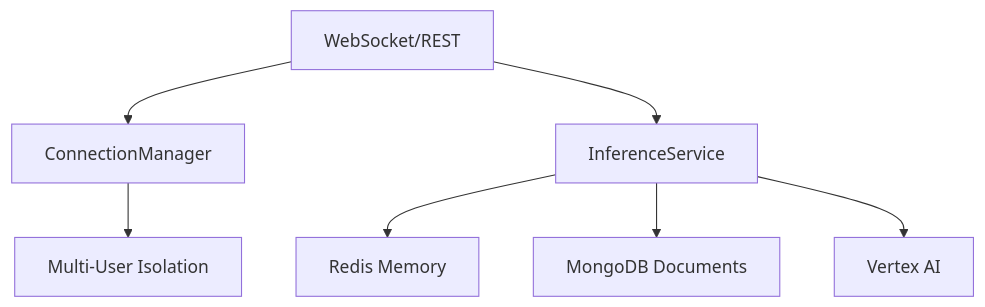
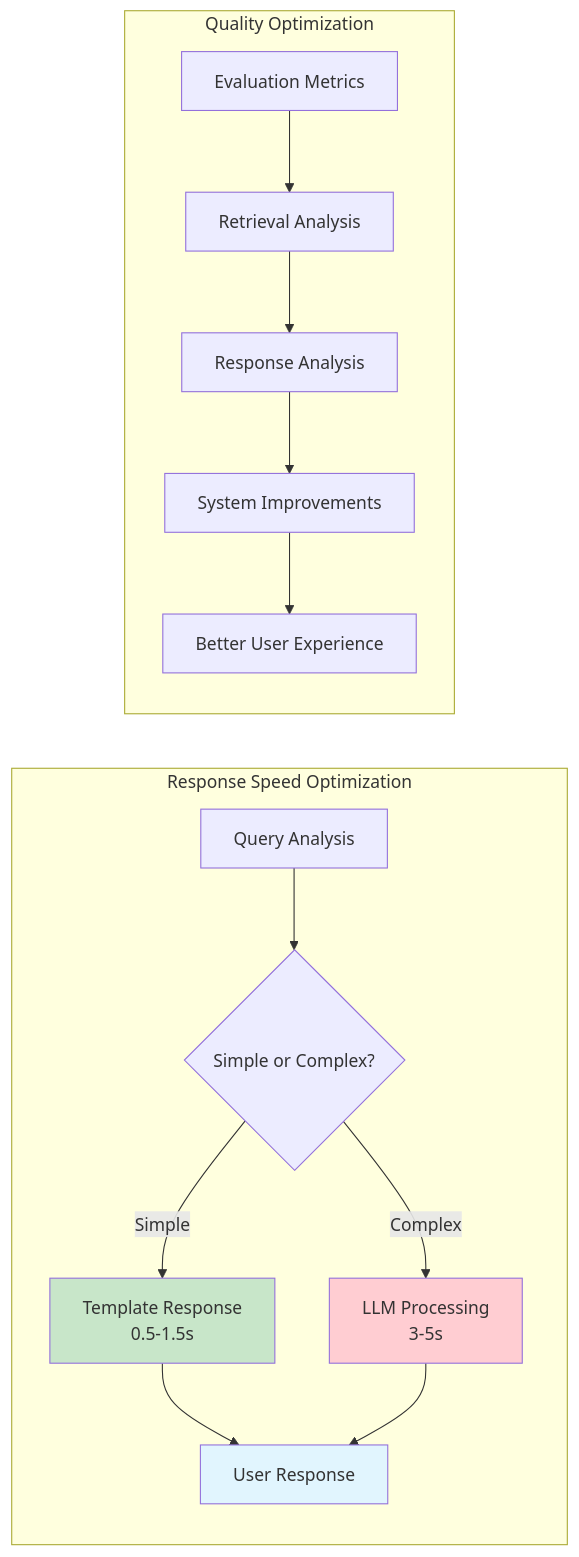
The third of 7 diagrams in Readme.md (joybratasarkar/career-guidance-rag), drawn with Mermaid before and after one commit. The commit also changed other lines of this file, not shown here.

First line of the commit message:
feat: Add comprehensive chatbot architecture diagram and deployment guide

````diff
--- a/Readme.md
+++ b/Readme.md
@@ -395,9 +583,21 @@
 ```mermaid
-graph TB
-    A[WebSocket/REST] --> B[ConnectionManager]
-    A --> C[InferenceService]
-    C --> D[Redis Memory]
-    C --> E[MongoDB Documents]
-    C --> F[Vertex AI]
-    B --> G[Multi-User Isolation]
+graph LR
+    subgraph "Response Speed Optimization"
+        A[Query Analysis] --> B{Simple or Complex?}
+        B -->|Simple| C[Template Response<br/>0.5-1.5s]
+        B -->|Complex| D[LLM Processing<br/>3-5s]
+        C --> E[User Response]
+        D --> E
+    end
+    
+    subgraph "Quality Optimization"
+        F[Evaluation Metrics] --> G[Retrieval Analysis]
+        G --> H[Response Analysis]
+        H --> I[System Improvements]
+        I --> J[Better User Experience]
+    end
+    
+    style C fill:#c8e6c9
+    style D fill:#ffcdd2
+    style E fill:#e1f5fe
 ```
````
